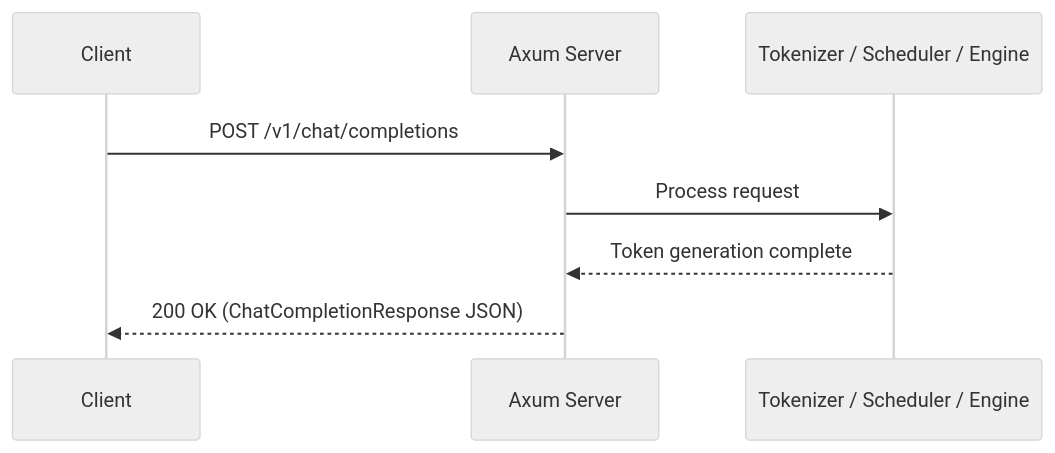
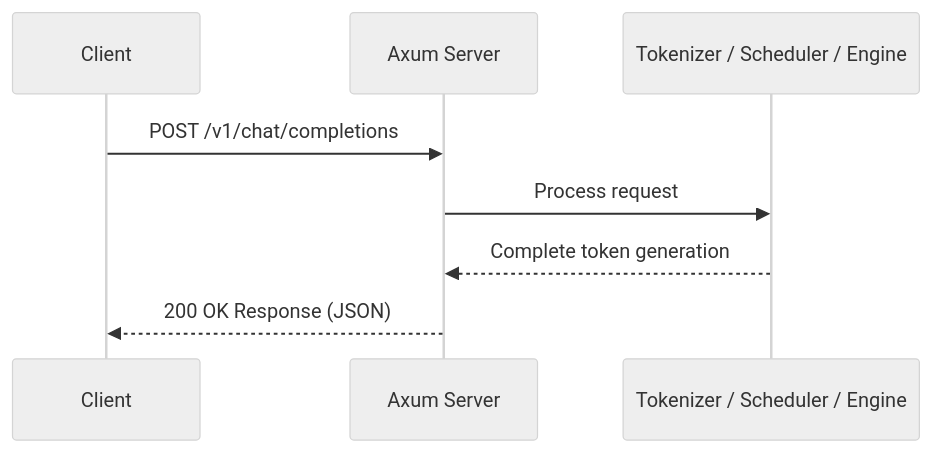
One commit to Ammar-Alnagar/mini-sglang-rs changed the first of 6 diagrams in docs/features.md. Above: the diagram before and after it, drawn with Mermaid (neutral theme). The commit also changed other lines of this file and 3 other files, not shown here.

First line of the commit message:
Update documentation with ASD-STE100 rules and accurate diagrams

````diff
--- a/docs/features.md
+++ b/docs/features.md
@@ -7,11 +7,11 @@
 ```mermaid
 sequenceDiagram
     participant Client
     participant Server as Axum Server
     participant Pipeline as Tokenizer / Scheduler / Engine
 
     Client->>Server: POST /v1/chat/completions
     Server->>Pipeline: Process request
-    Pipeline-->>Server: Token generation complete
-    Server-->>Client: 200 OK (ChatCompletionResponse JSON)
+    Pipeline-->>Server: Complete token generation
+    Server-->>Client: 200 OK Response (JSON)
 ```
````
